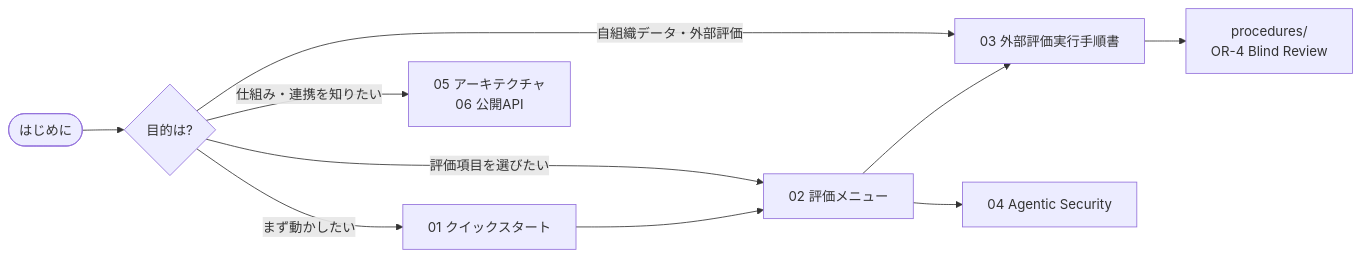
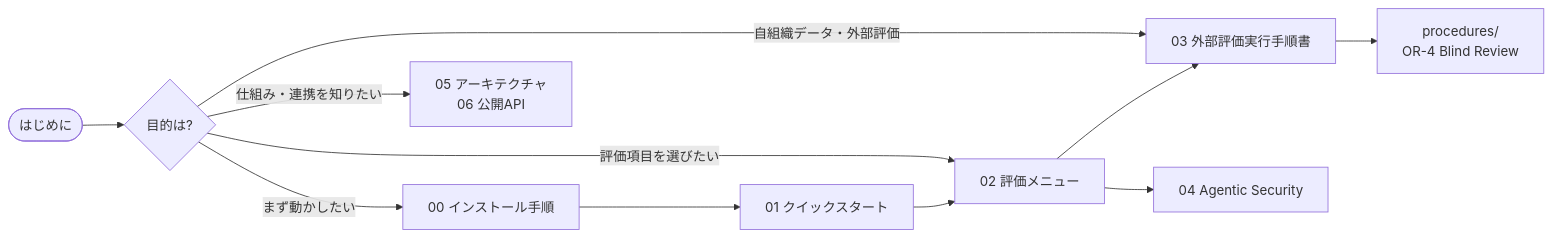
One commit to buildko89/cybermatch-framework changed the diagram in docs/README.md. Above: the diagram before and after it, drawn with Mermaid. The commit also changed other lines of this file and 9 other files, not shown here.

````diff
--- a/docs/README.md
+++ b/docs/README.md
@@ -8,12 +8,12 @@
 ```mermaid
 flowchart LR
     Start([はじめに]) --> Q{目的は?}
-    Q -->|まず動かしたい| A[01 クイックスタート]
+    Q -->|まず動かしたい| I[00 インストール手順] --> A[01 クイックスタート]
     Q -->|評価項目を選びたい| B[02 評価メニュー]
     Q -->|自組織データ・外部評価| C[03 外部評価実行手順書]
     Q -->|仕組み・連携を知りたい| D[05 アーキテクチャ<br/>06 公開API]
     A --> B
     B --> C
     B --> E[04 Agentic Security]
     C --> F[procedures/<br/>OR-4 Blind Review]
 ```
````
